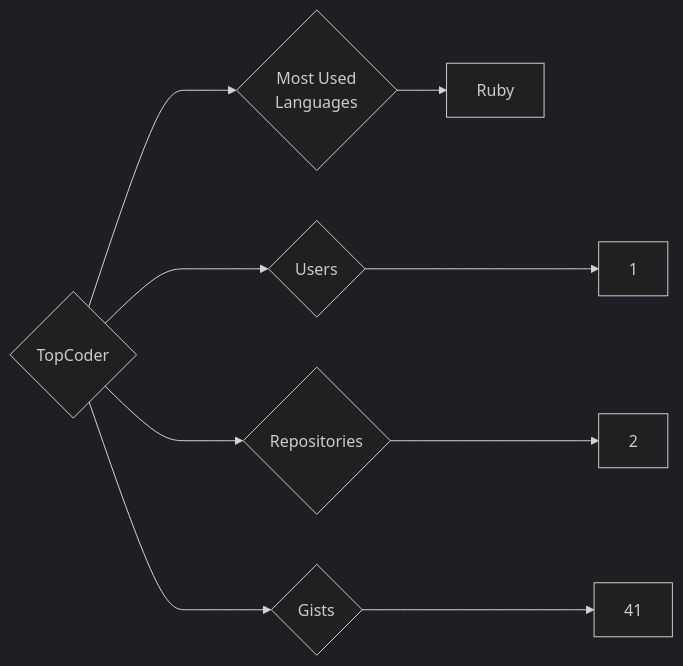
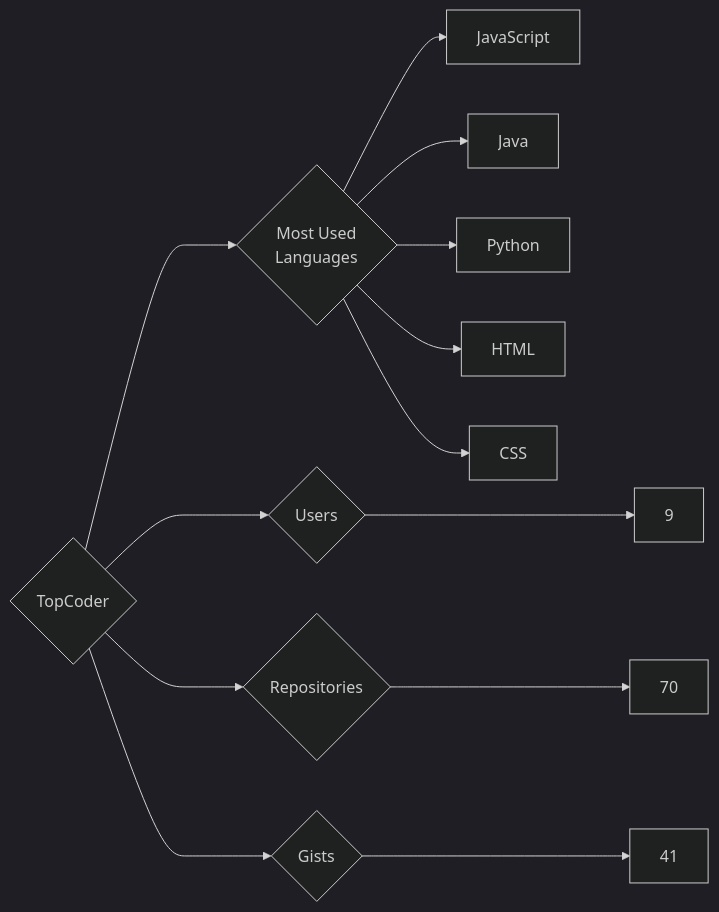
Before and after one commit to trickest/insiders: the diagram in targets/TopCoder/README.md, drawn with Mermaid (dark theme). The commit also changed 725 other files, not shown here.

````diff
--- a/targets/TopCoder/README.md
+++ b/targets/TopCoder/README.md
@@ -3,9 +3,13 @@
 ```mermaid
 graph LR
 COMPANY_NAME{TopCoder}
-COMPANY_NAME ---> U{Users} ---> UN[1]
-COMPANY_NAME ---> R{Repositories} ---> RN[2]
+COMPANY_NAME ---> U{Users} ---> UN[9]
+COMPANY_NAME ---> R{Repositories} ---> RN[70]
 COMPANY_NAME ---> G{Gists} ---> GN[41]
 COMPANY_NAME ---> ML{Most Used<br>Languages}
-ML --> Ruby[Ruby]
+ML --> JavaScript[JavaScript]
+ML --> Java[Java]
+ML --> Python[Python]
+ML --> HTML[HTML]
+ML --> CSS[CSS]
 ```
````
